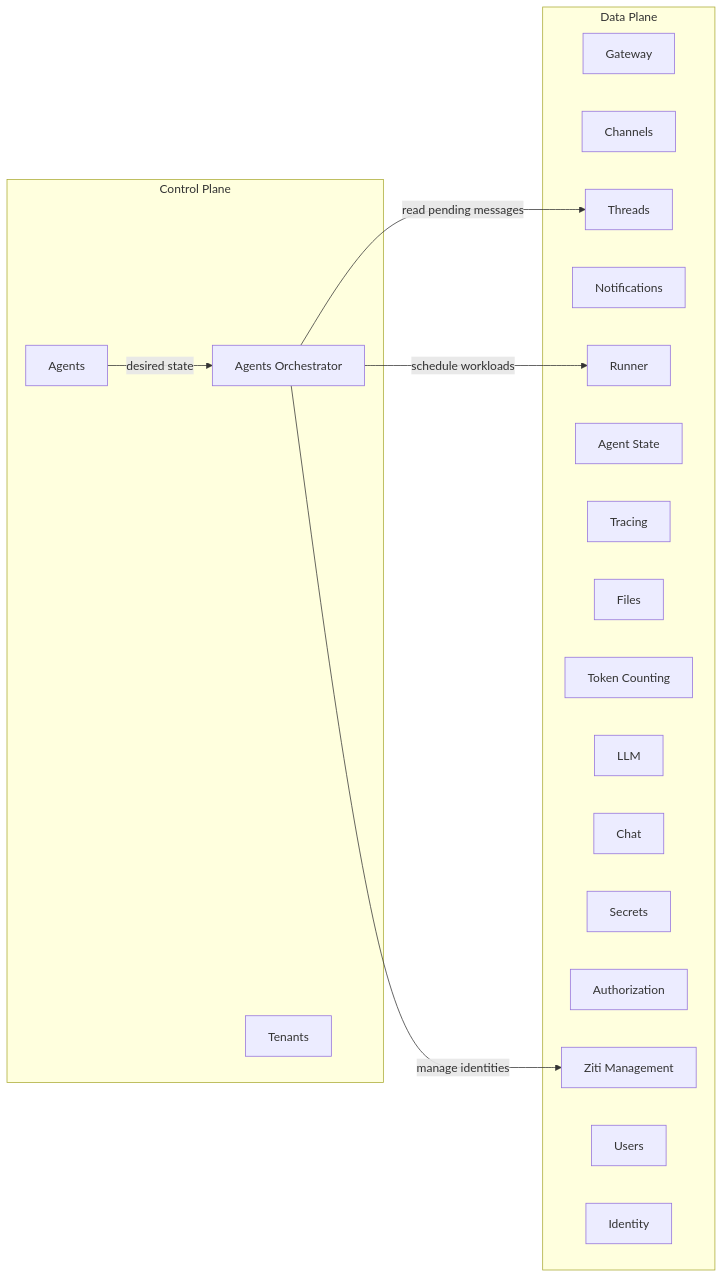
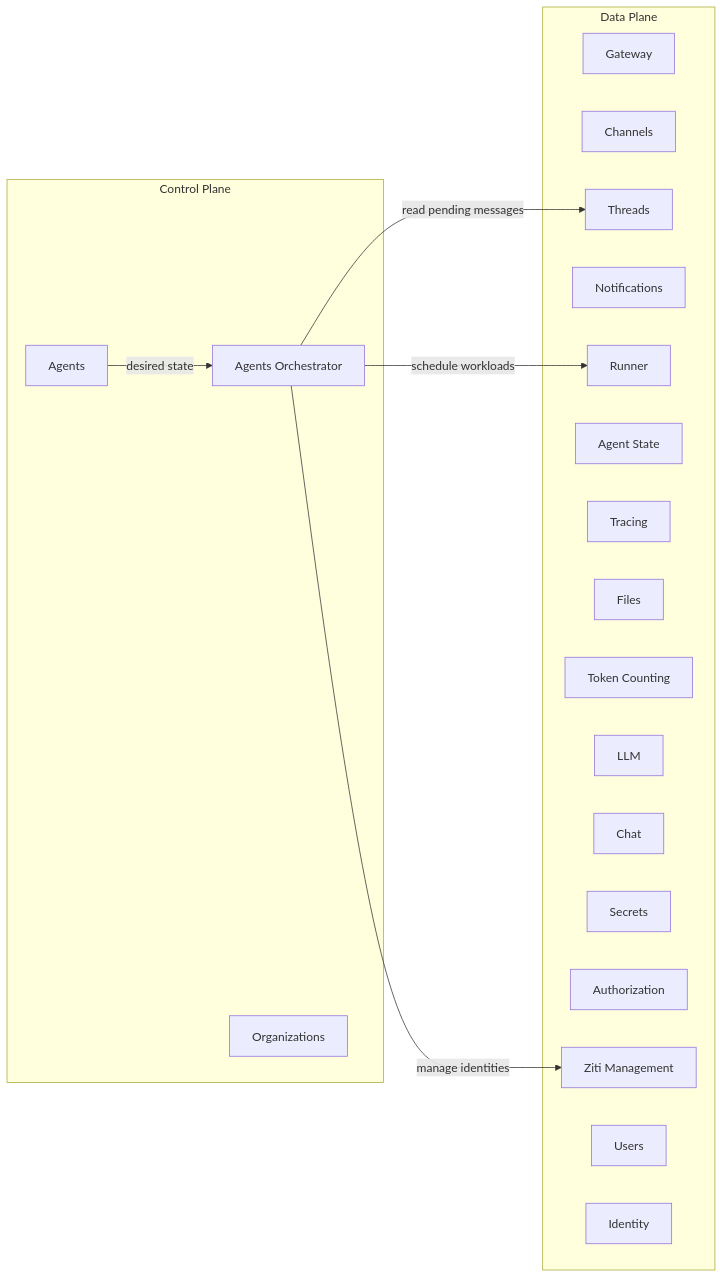
Before and after one commit to agynio/architecture: the first of 2 diagrams in architecture/control-data-plane.md, drawn with Mermaid. The commit also changed other lines of this file and 16 other files, not shown here.

````diff
--- a/architecture/control-data-plane.md
+++ b/architecture/control-data-plane.md
@@ -21,32 +21,32 @@
 ```mermaid
 graph LR
     subgraph Control Plane
         Agents
         AgentsOrch[Agents Orchestrator]
-        Tenants
+        Organizations
     end
 
     subgraph Data Plane
         Gateway
         Channels
         Threads
         Notifications
         Runner
         AgentState[Agent State]
         Tracing
         Files
         TokenCounting[Token Counting]
         LLM
         Chat
         Secrets
         Authorization
         ZitiMgmt[Ziti Management]
         Users
         Identity
     end
 
     Agents -->|desired state| AgentsOrch
     AgentsOrch -->|schedule workloads| Runner
     AgentsOrch -->|manage identities| ZitiMgmt
     AgentsOrch -->|read pending messages| Threads
 ```
````
